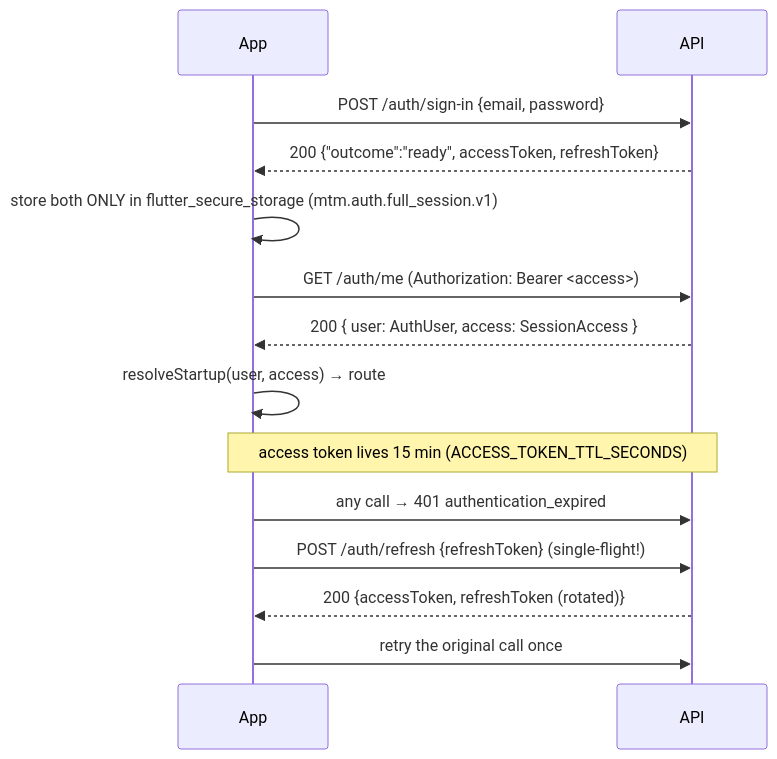
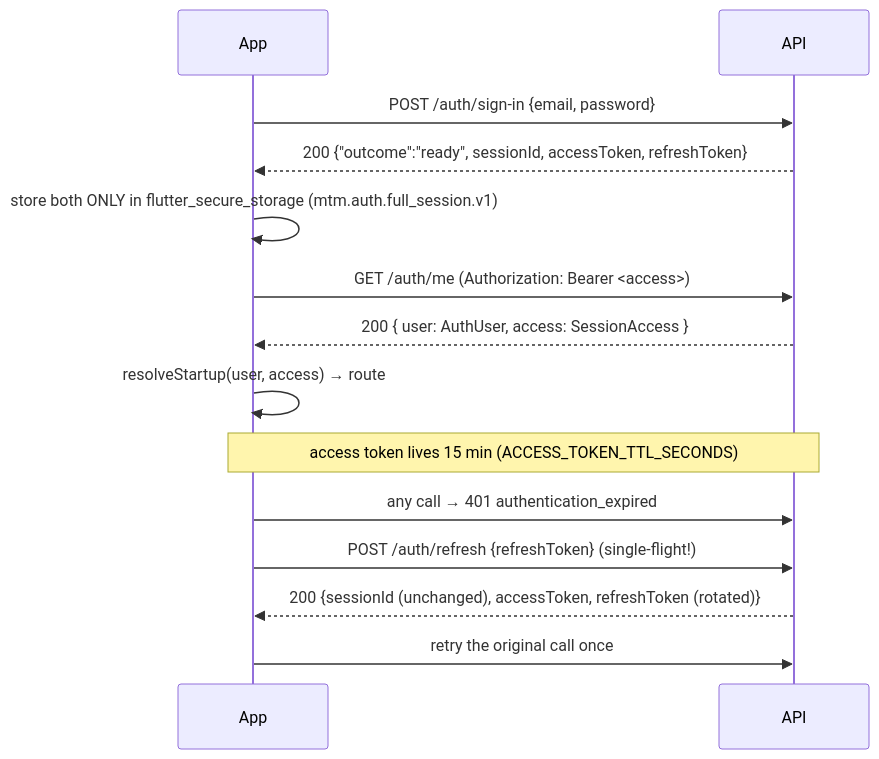
The fourth of 11 diagrams in docs/FRONTEND-INTEGRATION-GUIDE.md (nullmod-dev/Leader_backend), drawn with Mermaid before and after one commit. The commit also changed other lines of this file and 30 other files, not shown here.

````diff
--- a/docs/FRONTEND-INTEGRATION-GUIDE.md
+++ b/docs/FRONTEND-INTEGRATION-GUIDE.md
@@ -227,16 +227,16 @@
 ```mermaid
 sequenceDiagram
   participant App
   participant API
   App->>API: POST /auth/sign-in {email, password}
-  API-->>App: 200 {"outcome":"ready", accessToken, refreshToken}
+  API-->>App: 200 {"outcome":"ready", sessionId, accessToken, refreshToken}
   App->>App: store both ONLY in flutter_secure_storage (mtm.auth.full_session.v1)
   App->>API: GET /auth/me  (Authorization: Bearer <access>)
   API-->>App: 200 { user: AuthUser, access: SessionAccess }
   App->>App: resolveStartup(user, access) → route
   Note over App,API: access token lives 15 min (ACCESS_TOKEN_TTL_SECONDS)
   App->>API: any call → 401 authentication_expired
   App->>API: POST /auth/refresh {refreshToken}   (single-flight!)
-  API-->>App: 200 {accessToken, refreshToken (rotated)}
+  API-->>App: 200 {sessionId (unchanged), accessToken, refreshToken (rotated)}
   App->>API: retry the original call once
 ```
````
